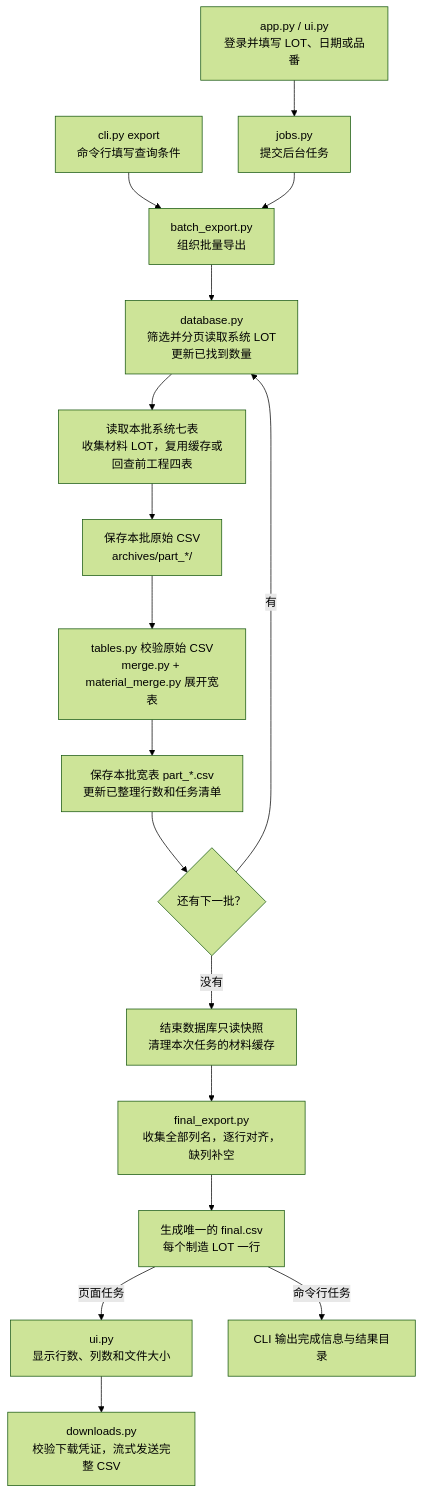
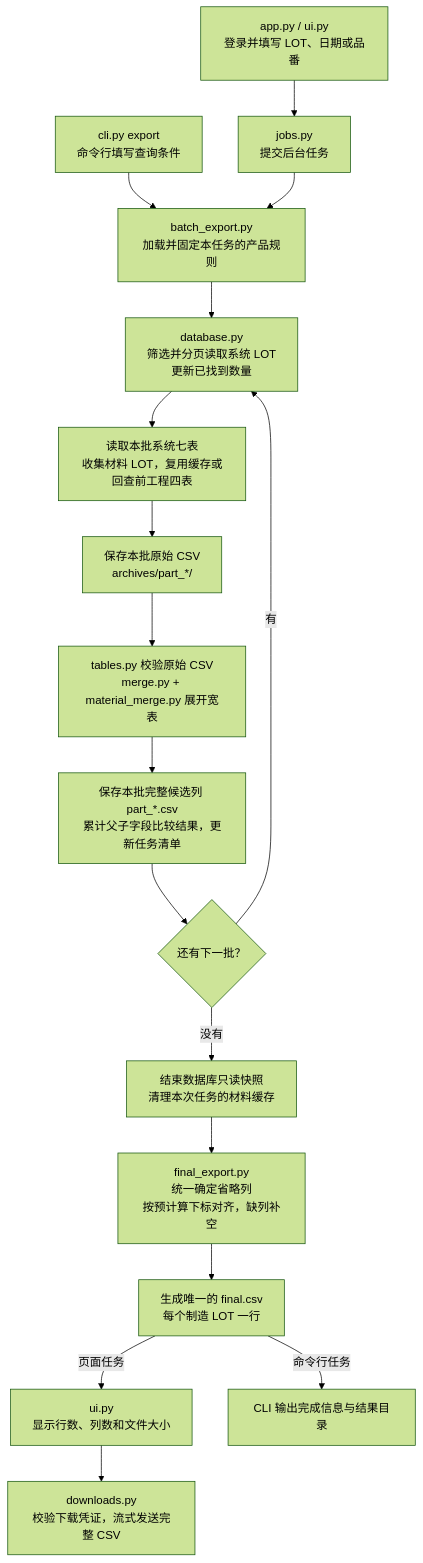
The second of 3 diagrams in README.md (haotian2294622823/data-get), drawn with Mermaid (forest theme) before and after one commit. The commit also changed other lines of this file and 11 other files, not shown here.

````diff
--- a/README.md
+++ b/README.md
@@ -33,19 +72,19 @@
 ```mermaid
 flowchart TD
     Web["app.py / ui.py<br/>登录并填写 LOT、日期或品番"] --> Job["jobs.py<br/>提交后台任务"]
     Cli["cli.py export<br/>命令行填写查询条件"] --> Export
-    Job --> Export["batch_export.py<br/>组织批量导出"]
+    Job --> Export["batch_export.py<br/>加载并固定本任务的产品规则"]
     Export --> Page["database.py<br/>筛选并分页读取系统 LOT<br/>更新已找到数量"]
     Page --> Source["读取本批系统七表<br/>收集材料 LOT，复用缓存或回查前工程四表"]
     Source --> Archive["保存本批原始 CSV<br/>archives/part_*/"]
     Archive --> Merge["tables.py 校验原始 CSV<br/>merge.py + material_merge.py 展开宽表"]
-    Merge --> Part["保存本批宽表 part_*.csv<br/>更新已整理行数和任务清单"]
+    Merge --> Part["保存本批完整候选列 part_*.csv<br/>累计父子字段比较结果，更新任务清单"]
     Part --> More{"还有下一批？"}
     More -->|有| Page
     More -->|没有| Release["结束数据库只读快照<br/>清理本次任务的材料缓存"]
-    Release --> Join["final_export.py<br/>收集全部列名，逐行对齐，缺列补空"]
+    Release --> Join["final_export.py<br/>统一确定省略列<br/>按预计算下标对齐，缺列补空"]
     Join --> File["生成唯一的 final.csv<br/>每个制造 LOT 一行"]
     File -->|页面任务| Result["ui.py<br/>显示行数、列数和文件大小"]
     File -->|命令行任务| Terminal["CLI 输出完成信息与结果目录"]
     Result --> Download["downloads.py<br/>校验下载凭证，流式发送完整 CSV"]
 ```
````
